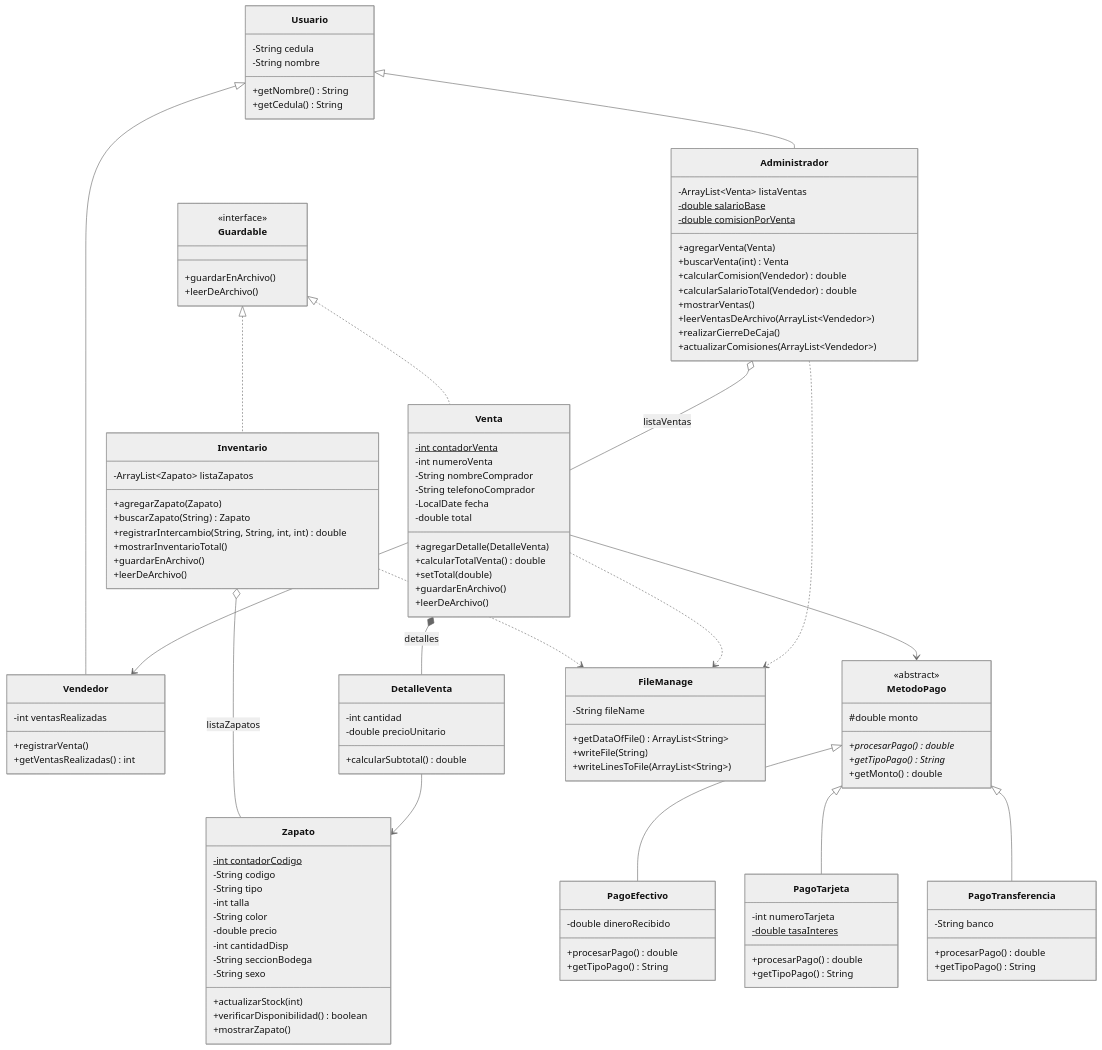
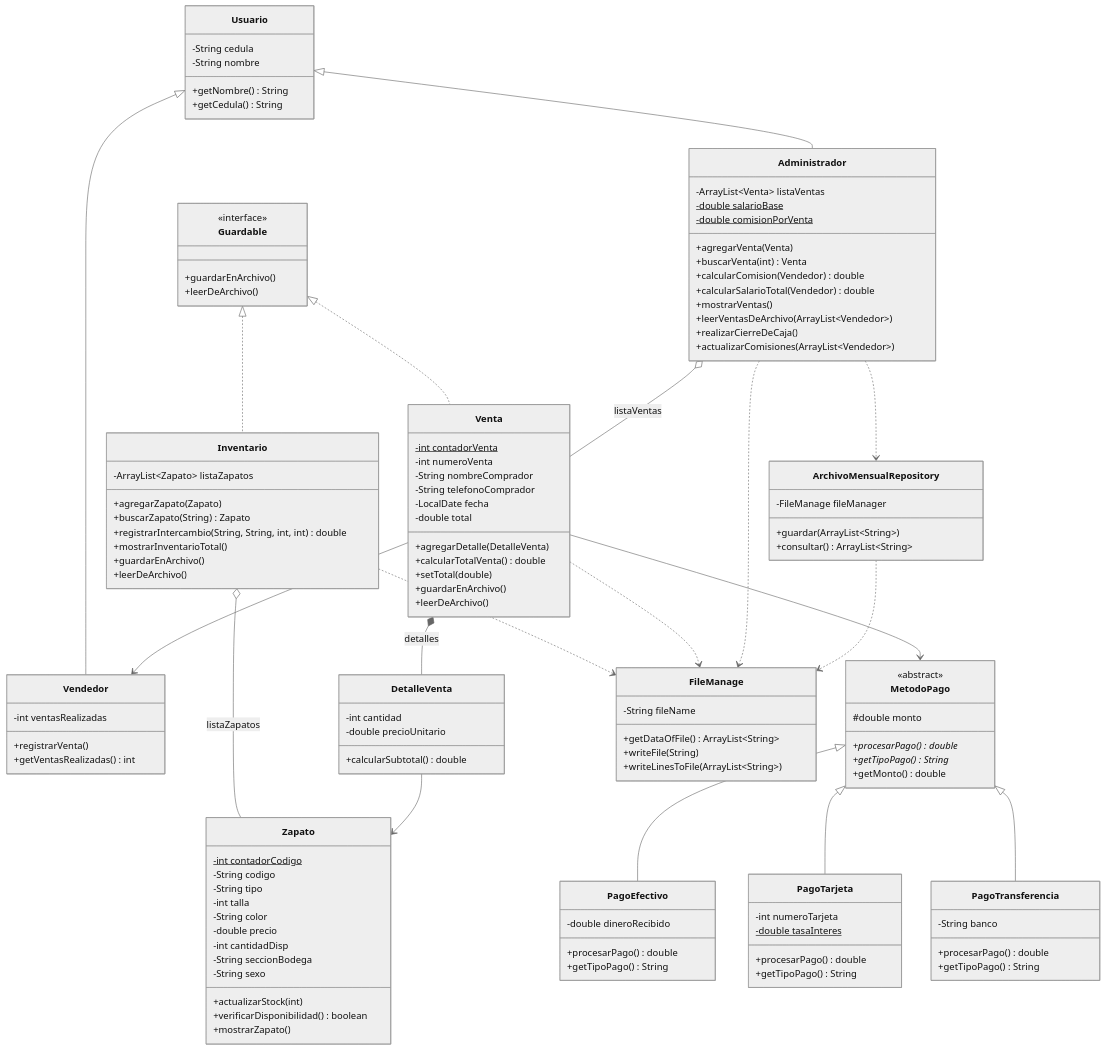
The diagram in README.md (Andrespe28/proyecto-integrador), drawn with Mermaid (neutral theme) before and after one commit. The commit also changed other lines of this file, not shown here.

Commit message:
Final Readme

````diff
--- a/README.md
+++ b/README.md
@@ -382,6 +382,12 @@
         +writeLinesToFile(ArrayList~String~)
     }
 
+    class ArchivoMensualRepository {
+        -FileManage fileManager
+        +guardar(ArrayList~String~)
+        +consultar() ArrayList~String~
+    }
+
     Usuario <|-- Vendedor
     Usuario <|-- Administrador
 
@@ -402,4 +408,6 @@
     Inventario ..> FileManage
     Venta ..> FileManage
     Administrador ..> FileManage
+    Administrador ..> ArchivoMensualRepository
+    ArchivoMensualRepository ..> FileManage
 ```
````
